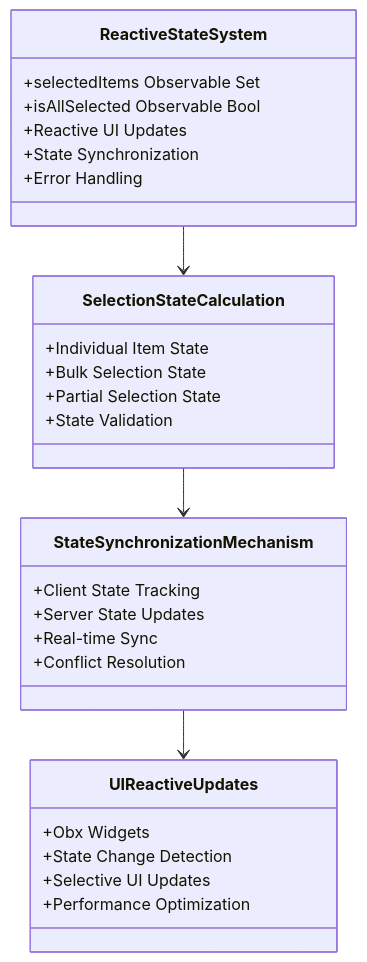
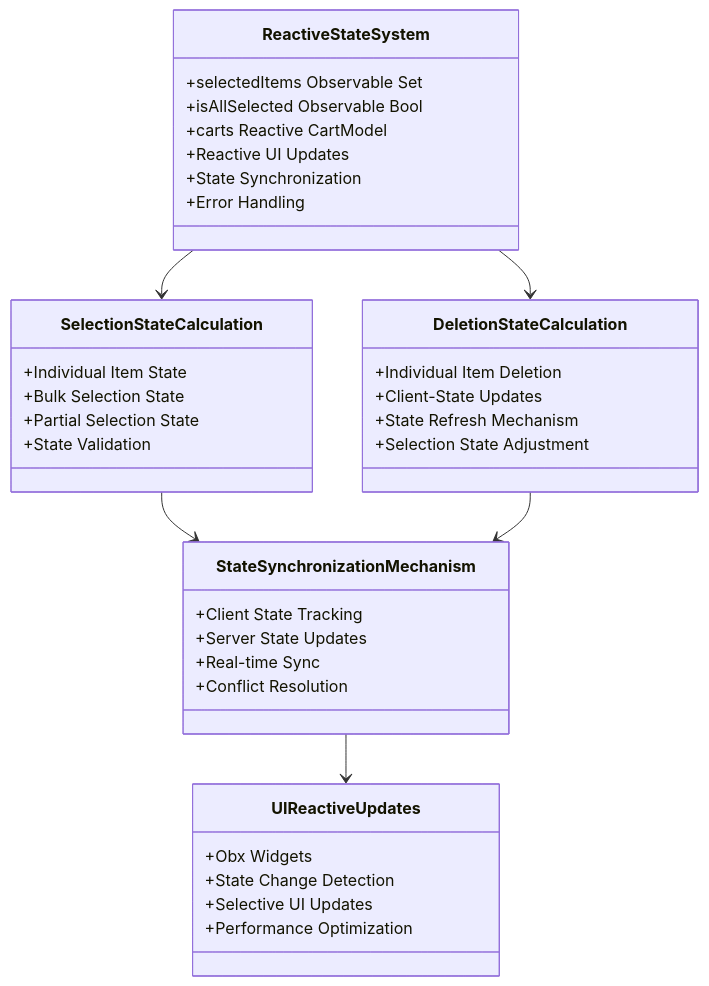
Before and after one commit to Ariful3111/FurniGo: diagram 20 of 22 in .qoder/repowiki/en/content/Core Features/E-commerce Platform/Shopping Cart System.md, drawn with Mermaid. The commit also changed other lines of this file and 7 other files, not shown here.

````diff
--- a/.qoder/repowiki/en/content/Core Features/E-commerce Platform/Shopping Cart System.md
+++ b/.qoder/repowiki/en/content/Core Features/E-commerce Platform/Shopping Cart System.md
@@ -691,31 +1026,40 @@
 ```mermaid
 classDiagram
 class ReactiveStateSystem {
 +selectedItems Observable Set<int>
 +isAllSelected Observable Bool
++carts Reactive CartModel
 +Reactive UI Updates
 +State Synchronization
 +Error Handling
 }
 class SelectionStateCalculation {
 +Individual Item State
 +Bulk Selection State
 +Partial Selection State
 +State Validation
+}
+class DeletionStateCalculation {
++Individual Item Deletion
++Client-State Updates
++State Refresh Mechanism
++Selection State Adjustment
 }
 class StateSynchronizationMechanism {
 +Client State Tracking
 +Server State Updates
 +Real-time Sync
 +Conflict Resolution
 }
 class UIReactiveUpdates {
 +Obx Widgets
 +State Change Detection
 +Selective UI Updates
 +Performance Optimization
 }
 ReactiveStateSystem --> SelectionStateCalculation
+ReactiveStateSystem --> DeletionStateCalculation
 SelectionStateCalculation --> StateSynchronizationMechanism
+DeletionStateCalculation --> StateSynchronizationMechanism
 StateSynchronizationMechanism --> UIReactiveUpdates
 ```
````
